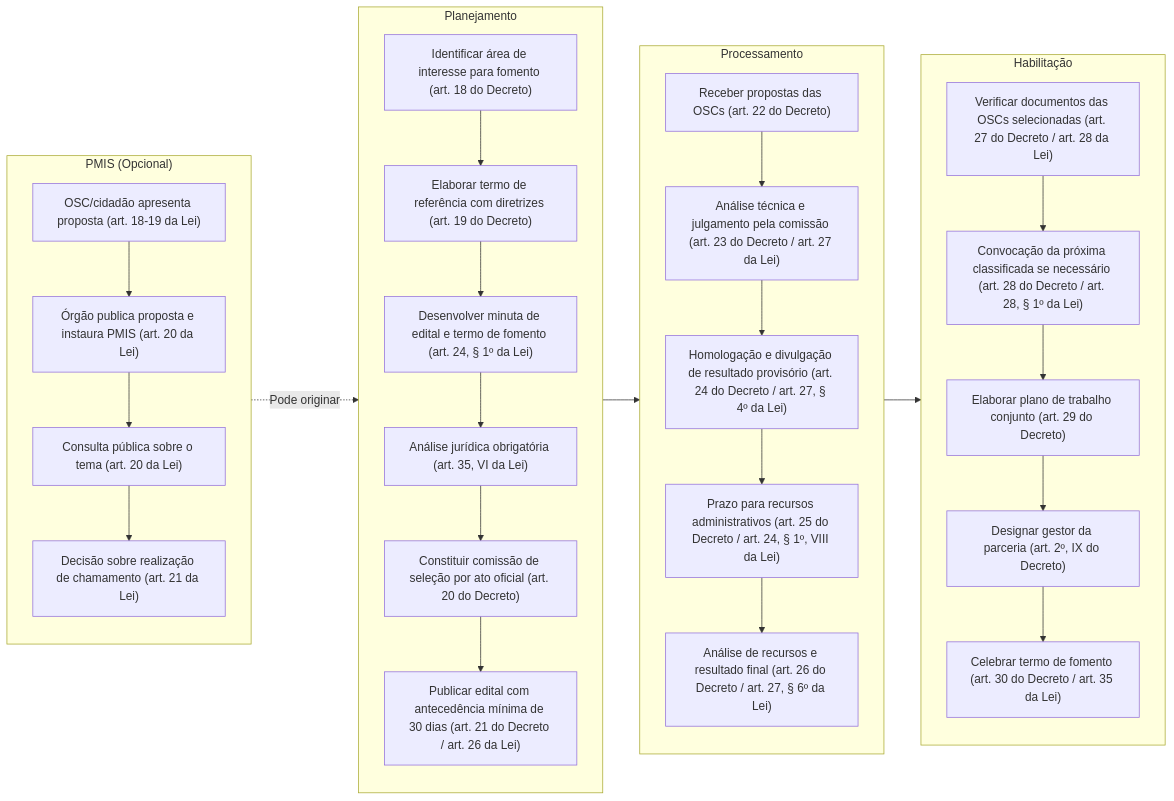
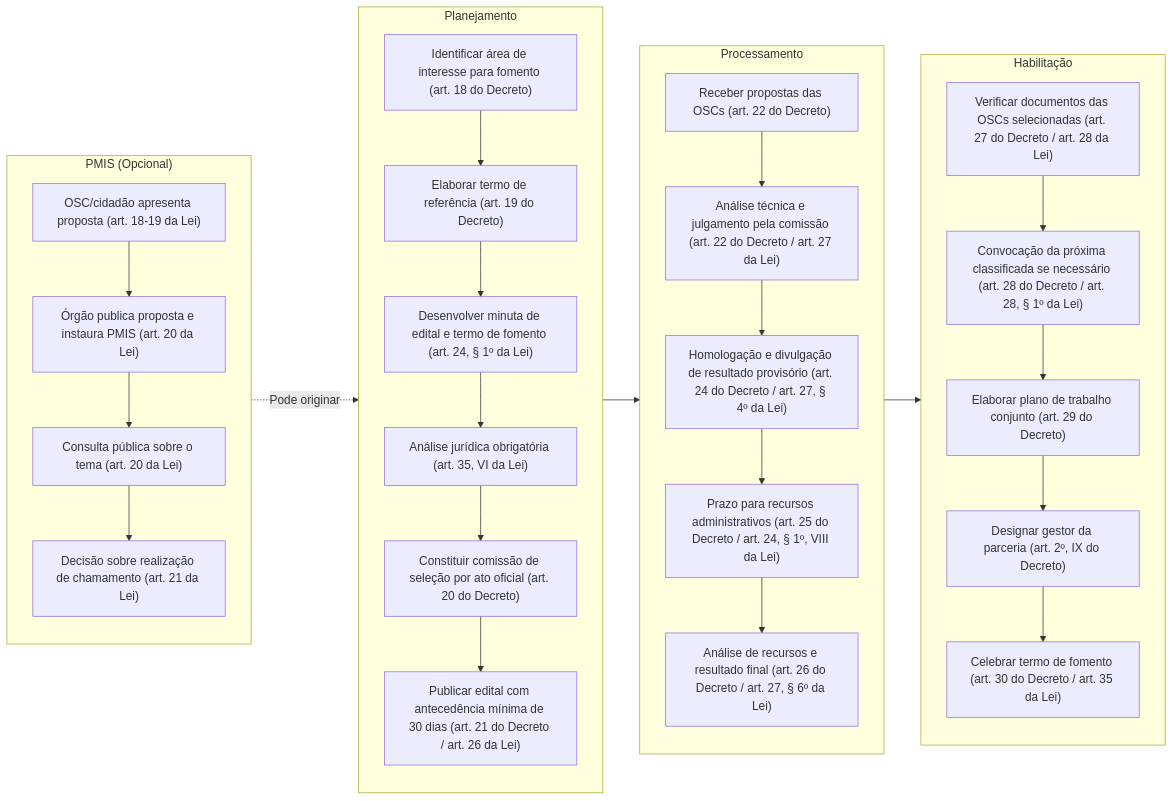
Before and after one commit to iepha-mg/manual.appi: the first of 3 diagrams in paginas/marcos_regulatorios/MROSC/TF/README.md, drawn with Mermaid. The commit also changed other lines of this file, not shown here.

```diff
--- a/paginas/marcos_regulatorios/MROSC/TF/README.md
+++ b/paginas/marcos_regulatorios/MROSC/TF/README.md
@@ -79,37 +79,37 @@
 <div class="mermaid">
 flowchart LR
     subgraph PMIS ["PMIS (Opcional)"]
         P1["OSC/cidadão apresenta proposta (art. 18-19 da Lei)"]
         P2["Órgão publica proposta e instaura PMIS (art. 20 da Lei)"]
         P3["Consulta pública sobre o tema (art. 20 da Lei)"]
         P4["Decisão sobre realização de chamamento (art. 21 da Lei)"]
         P1 --> P2 --> P3 --> P4
     end
     subgraph Planejamento
         A1["Identificar área de interesse para fomento (art. 18 do Decreto)"]
-        A2["Elaborar termo de referência com diretrizes (art. 19 do Decreto)"]
+        A2["Elaborar termo de referência (art. 19 do Decreto)"]
         A3["Desenvolver minuta de edital e termo de fomento (art. 24, § 1º da Lei)"]
         A4["Análise jurídica obrigatória (art. 35, VI da Lei)"]
         A5["Constituir comissão de seleção por ato oficial (art. 20 do Decreto)"]
         A6["Publicar edital com antecedência mínima de 30 dias (art. 21 do Decreto / art. 26 da Lei)"]
         A1 --> A2 --> A3 --> A4 --> A5 --> A6
     end
     subgraph Processamento
         B1["Receber propostas das OSCs (art. 22 do Decreto)"]
-        B2["Análise técnica e julgamento pela comissão (art. 23 do Decreto / art. 27 da Lei)"]
+        B2["Análise técnica e julgamento pela comissão (art. 22 do Decreto / art. 27 da Lei)"]
         B3["Homologação e divulgação de resultado provisório (art. 24 do Decreto / art. 27, § 4º da Lei)"]
         B4["Prazo para recursos administrativos (art. 25 do Decreto / art. 24, § 1º, VIII da Lei)"]
         B5["Análise de recursos e resultado final (art. 26 do Decreto / art. 27, § 6º da Lei)"]
         B1 --> B2 --> B3 --> B4 --> B5
     end
     subgraph Habilitação
         C1["Verificar documentos das OSCs selecionadas (art. 27 do Decreto / art. 28 da Lei)"]
         C2["Convocação da próxima classificada se necessário (art. 28 do Decreto / art. 28, § 1º da Lei)"]
         C3["Elaborar plano de trabalho conjunto (art. 29 do Decreto)"]
         C4["Designar gestor da parceria (art. 2º, IX do Decreto)"]
         C5["Celebrar termo de fomento (art. 30 do Decreto / art. 35 da Lei)"]
         C1 --> C2 --> C3 --> C4 --> C5
     end
     PMIS -.->|Pode originar| Planejamento
     Planejamento --> Processamento --> Habilitação
 </div>
```
